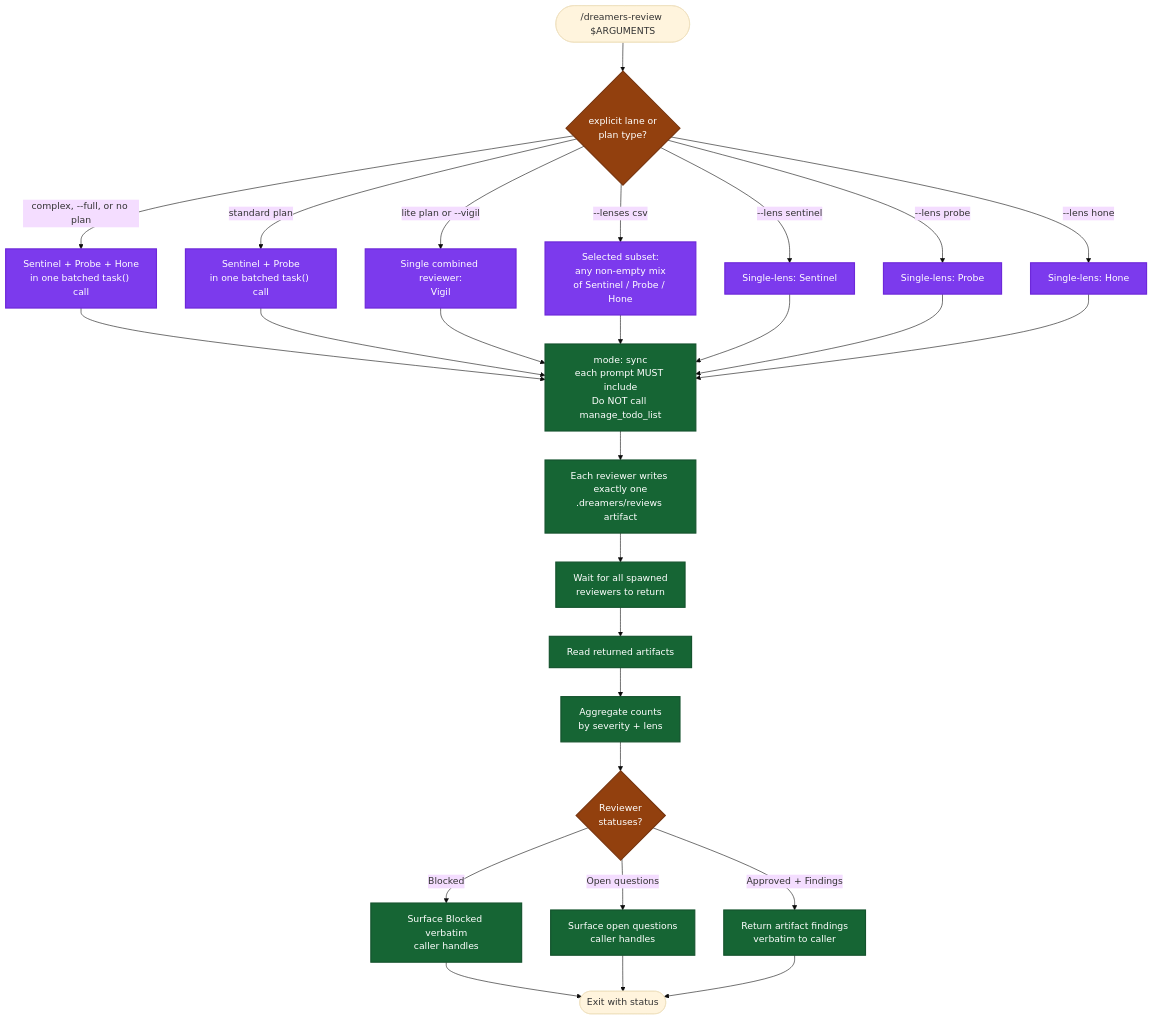
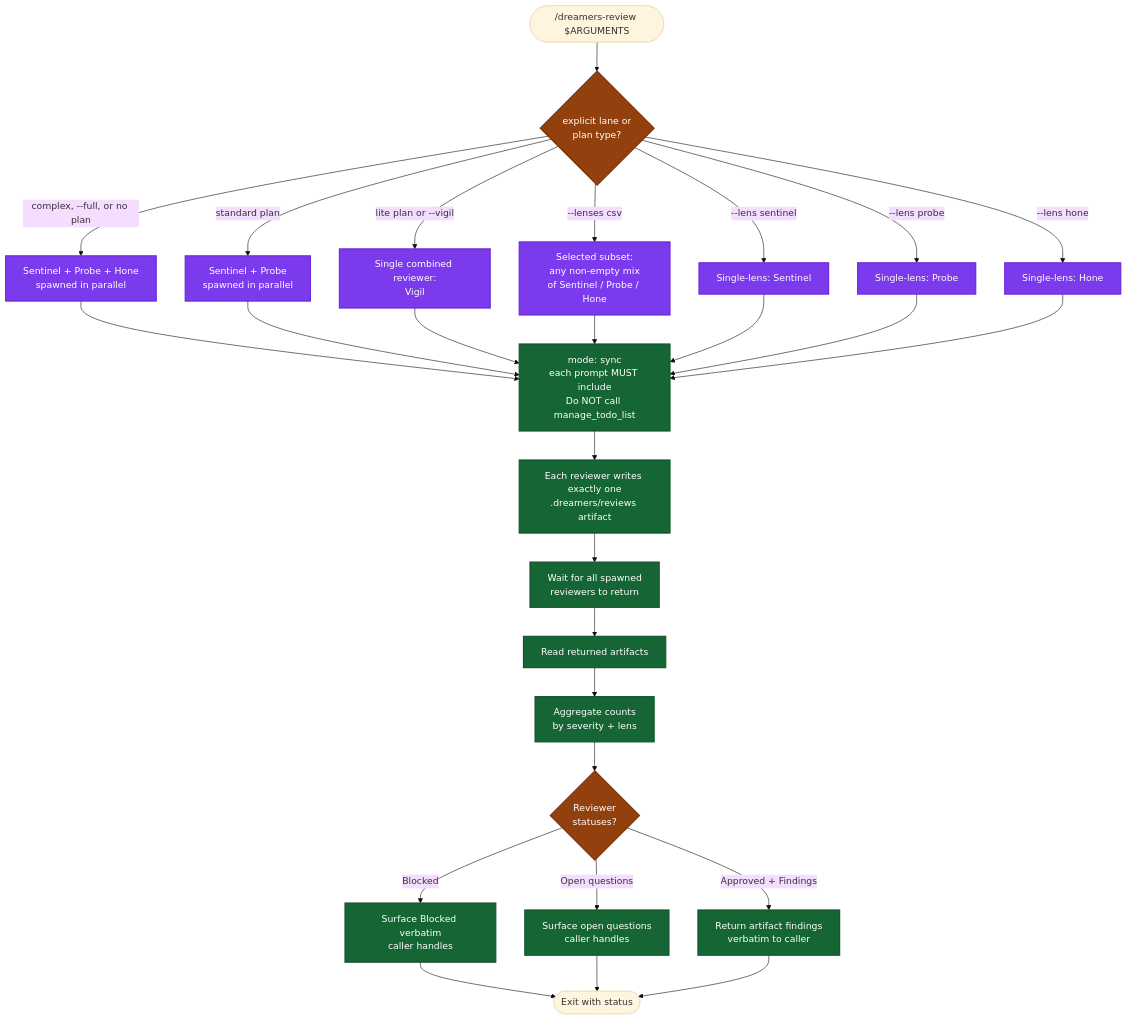
Before and after one commit to mrStorrs/dreamers-copilot: the diagram in .github/skills/dreamers-review/readme.md, drawn with Mermaid (base theme). The commit also changed 1 other file, not shown here.

Commit message:
fix: require parallel reviewer spawning

````diff
--- a/.github/skills/dreamers-review/readme.md
+++ b/.github/skills/dreamers-review/readme.md
@@ -5,42 +5,42 @@
 ```mermaid
 flowchart TD
     Start(["/dreamers-review $ARGUMENTS"]) --> ModeCheck{"explicit lane or<br/>plan type?"}
 
     ModeCheck -->|lite plan or --vigil| Vigil["Single combined reviewer:<br/>Vigil"]
-    ModeCheck -->|standard plan| Standard["Sentinel + Probe<br/>in one batched task() call"]
-    ModeCheck -->|complex, --full, or no plan| Triad["Sentinel + Probe + Hone<br/>in one batched task() call"]
+    ModeCheck -->|standard plan| Standard["Sentinel + Probe<br/>spawned in parallel"]
+    ModeCheck -->|complex, --full, or no plan| Triad["Sentinel + Probe + Hone<br/>spawned in parallel"]
     ModeCheck -->|--lenses csv| Selected["Selected subset:<br/>any non-empty mix<br/>of Sentinel / Probe / Hone"]
     ModeCheck -->|--lens sentinel| LensS["Single-lens: Sentinel"]
     ModeCheck -->|--lens probe| LensP["Single-lens: Probe"]
     ModeCheck -->|--lens hone| LensH["Single-lens: Hone"]
 
     Triad --> Spawn["mode: sync<br/>each prompt MUST include<br/>Do NOT call manage_todo_list"]
     Standard --> Spawn
     Vigil --> Spawn
     Selected --> Spawn
     LensS --> Spawn
     LensP --> Spawn
     LensH --> Spawn
 
     Spawn --> WriteArtifact["Each reviewer writes exactly one<br/>.dreamers/reviews artifact"]
     WriteArtifact --> Wait["Wait for all spawned<br/>reviewers to return"]
     Wait --> Collect["Read returned artifacts"]
     Collect --> Aggregate["Aggregate counts<br/>by severity + lens"]
     Aggregate --> CheckStatus{"Reviewer<br/>statuses?"}
 
     CheckStatus -->|Blocked| Surface1["Surface Blocked verbatim<br/>caller handles"]
     CheckStatus -->|Open questions| Surface2["Surface open questions<br/>caller handles"]
     CheckStatus -->|Approved + Findings| Report["Return artifact findings<br/>verbatim to caller"]
 
     Surface1 --> End(["Exit with status"])
     Surface2 --> End
     Report --> End
 
     classDef gate fill:#92400e,stroke:#78350f,stroke-width:2px,color:#fff
     classDef phase fill:#166534,stroke:#14532d,stroke-width:2px,color:#fff
     classDef agent fill:#7c3aed,stroke:#6d28d9,stroke-width:2px,color:#fff
 
     class ModeCheck,CheckStatus gate
     class Triad,Standard,Vigil,Selected,LensS,LensP,LensH agent
     class Spawn,WriteArtifact,Wait,Collect,Aggregate,Surface1,Surface2,Report phase
 ```
````
